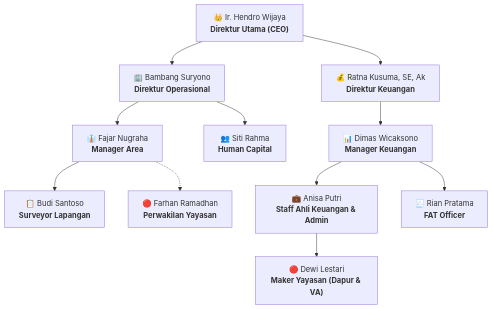
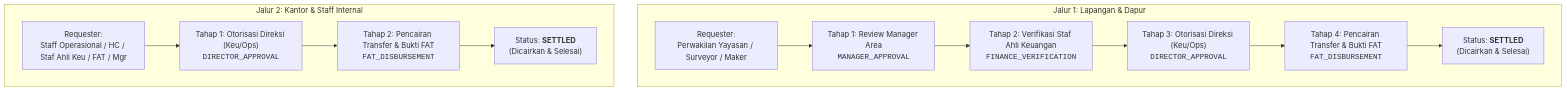
Before and after one commit to alfaqih1108/erp-mms: the diagram in walkthrough.md, drawn with Mermaid. The commit also changed other lines of this file and 7 other files, not shown here.

````diff
--- a/walkthrough.md
+++ b/walkthrough.md
@@ -9,29 +40,16 @@
 ```mermaid
-graph TD
-    DU["👑 Ir. Hendro Wijaya<br><b>Direktur Utama (CEO)</b>"]
-    
-    DO["🏢 Bambang Suryono<br><b>Direktur Operasional</b>"]
-    MA["👔 Fajar Nugraha<br><b>Manager Area</b>"]
-    HC["👥 Siti Rahma<br><b>Human Capital</b>"]
-    SV["📋 Budi Santoso<br><b>Surveyor Lapangan</b>"]
-    PY["🔴 Farhan Ramadhan<br><b>Perwakilan Yayasan</b>"]
-    
-    DK["💰 Ratna Kusuma, SE, Ak<br><b>Direktur Keuangan</b>"]
-    MK["📊 Dimas Wicaksono<br><b>Manager Keuangan</b>"]
-    SA["💼 Anisa Putri<br><b>Staff Ahli Keuangan & Admin</b>"]
-    FAT["🧾 Rian Pratama<br><b>FAT Officer</b>"]
-    MY["🔴 Dewi Lestari<br><b>Maker Yayasan (Dapur & VA)</b>"]
-    
-    DU --> DO
-    DU --> DK
-    
-    DO --> MA
-    DO --> HC
-    MA --> SV
-    MA -.-> PY
-    
-    DK --> MK
-    MK --> SA
-    MK --> FAT
-    SA --> MY
+flowchart TD
+    subgraph Jalur 1: Lapangan & Dapur
+        R1["Requester:<br>Perwakilan Yayasan / Surveyor / Maker"] --> S1["Tahap 1: Review Manager Area<br><code>MANAGER_APPROVAL</code>"]
+        S1 --> S2["Tahap 2: Verifikasi Staf Ahli Keuangan<br><code>FINANCE_VERIFICATION</code>"]
+        S2 --> S3["Tahap 3: Otorisasi Direksi (Keu/Ops)<br><code>DIRECTOR_APPROVAL</code>"]
+        S3 --> S4["Tahap 4: Pencairan Transfer & Bukti FAT<br><code>FAT_DISBURSEMENT</code>"]
+        S4 --> END1["Status: <b>SETTLED</b><br>(Dicairkan & Selesai)"]
+    end
+
+    subgraph Jalur 2: Kantor & Staff Internal
+        R2["Requester:<br>Staff Operasional / HC / Staf Ahli Keu / FAT / Mgr"] --> J2_S1["Tahap 1: Otorisasi Direksi (Keu/Ops)<br><code>DIRECTOR_APPROVAL</code>"]
+        J2_S1 --> J2_S2["Tahap 2: Pencairan Transfer & Bukti FAT<br><code>FAT_DISBURSEMENT</code>"]
+        J2_S2 --> END2["Status: <b>SETTLED</b><br>(Dicairkan & Selesai)"]
+    end
 ```
````
